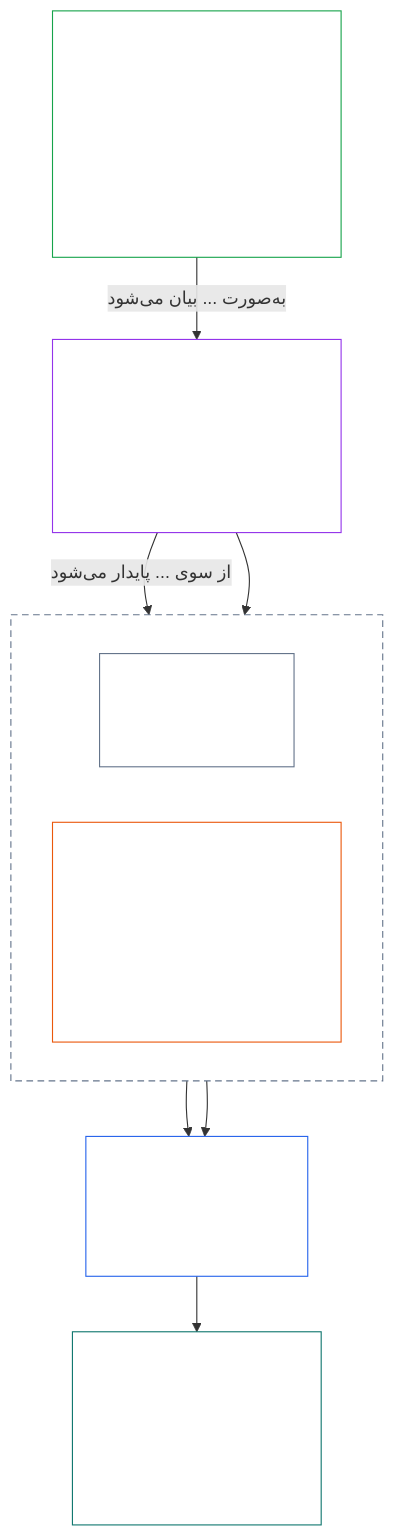
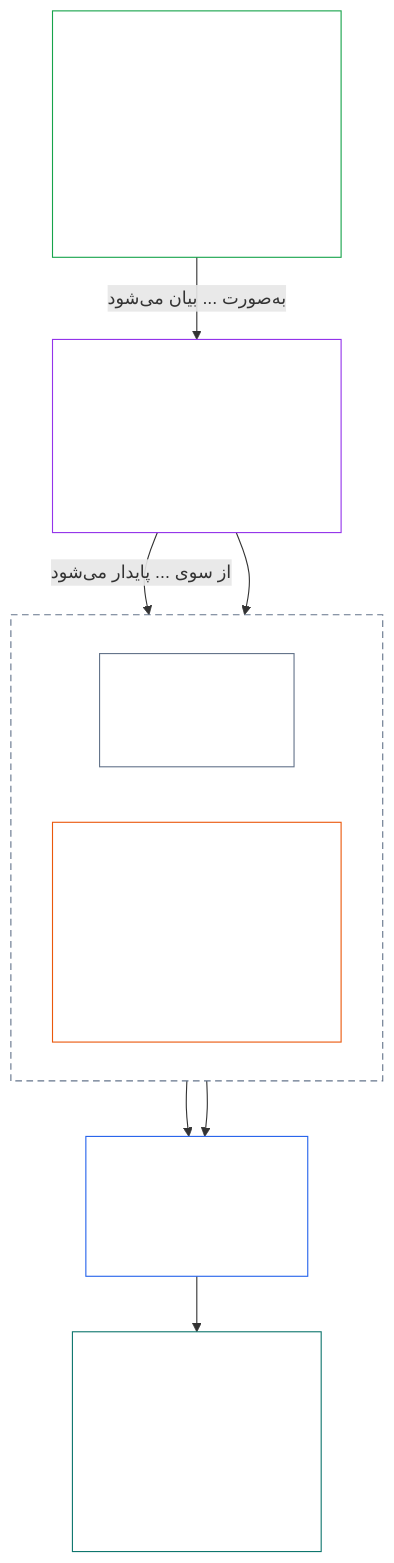
The second of 3 diagrams in translations/fa/core_01_a_values_principles.md (kfoelsch/Sentient_Constitution), drawn with Mermaid before and after one commit. The commit also changed other lines of this file and 459 other files, not shown here.

````diff
--- a/translations/fa/core_01_a_values_principles.md
+++ b/translations/fa/core_01_a_values_principles.md
@@ -199,25 +199,25 @@
 ```mermaid
 flowchart TB
     F["هدف شکوفایی<br/><br/>• بهزیستی موجودات ذی‌شعور با حقیقت، ایمنی،<br/>اعتمادپذیری و عاملیت معنادار پایدار می‌ماند<br/>• همواره به کف حقوق محدود است"]
     W["§3 بهزیستی (نتیجه)<br/><br/>• §3.1 انصاف<br/>• §3.2 شناسایی، تقویت و آرمان‌خواهی<br/>• §3.3 فرایند ضدتحقیر"]
     subgraph NN["غیرقابل‌مذاکره (§2.1)"]
         direction LR
         S["§4 ایمنی<br/><br/>• محدودیت آسیب"]
         T["§5 حقیقت<br/><br/>• سلامت معرفتی<br/>• §5.1 پژوهش آگاه از علم<br/>و پشتیبانی تصمیم‌گیری<br/>• §5.2 دسترس‌پذیری زبان ساده"]
     end
     R["§6 اعتماد<br/><br/>• سلامت هماهنگی<br/>• §6.1 اصلاح و جبران"]
-    G["§7 آزادی<br/><br/>• عاملیت محدود<br/>• §7.1 انضباط محدودیت<br/>• §§7.2 تا 7.4 گردهمایی،<br/>مخالفت و خروج"]
+    G["§7 آزادی<br/><br/>• عاملیت محدود<br/>• §7.1 انضباط محدودیت<br/>• §§7.2 تا 7.5 گردهمایی،<br/>مخالفت، خروج و<br/>محدودیت‌های بیان"]
     F -->|"به‌صورت ... بیان می‌شود"| W
     W -->|"از سوی ... پایدار می‌شود"| S
     W --> T
     S --> R
     T --> R
     R --> G
     style NN fill:none,stroke:#64748b,stroke-dasharray:6 4,color:#ffffff
     style F fill:none,stroke:#16a34a,color:#ffffff
     style W fill:none,stroke:#9333ea,color:#ffffff
     style S fill:none,stroke:#64748b,color:#ffffff
     style T fill:none,stroke:#ea580c,color:#ffffff
     style R fill:none,stroke:#2563eb,color:#ffffff
     style G fill:none,stroke:#0f766e,color:#ffffff
 ```
````
